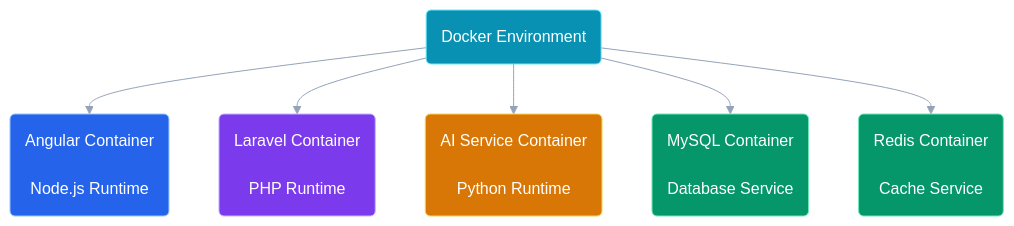
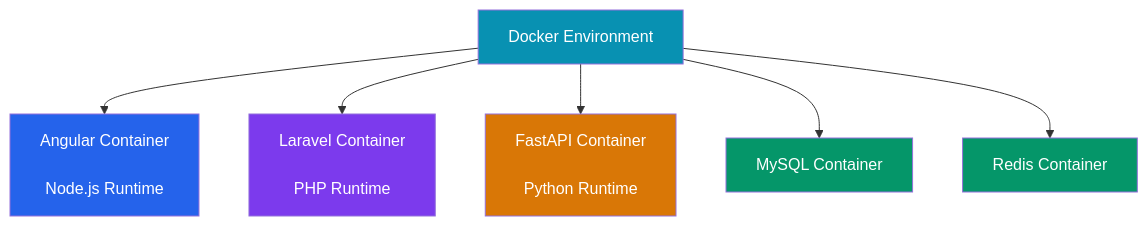
Diagram 15 of 26 in documentation/03-system-architecture.md (kupiMZS/CareerIQ-AI), drawn with Mermaid before and after one commit. The commit also changed other lines of this file and 9 other files, not shown here.

Commit message:
docs: finalize complete system documentation and architecture foundation

````diff
--- a/documentation/03-system-architecture.md
+++ b/documentation/03-system-architecture.md
@@ -1239,67 +2223,57 @@
 ```mermaid
-%%{init:{
-'theme':'base',
-'themeVariables':{
-'fontFamily':'Inter',
-'lineColor':'#94A3B8'
-}
-}}%%
-
-
 flowchart TB
 
 
-DOCKER("Docker Environment")
+DOCKER["Docker Environment"]
 
 
-FRONTEND("Angular Container<br/><br/>Node.js Runtime")
+FRONTEND["Angular Container<br/><br/>Node.js Runtime"]
 
 
-BACKEND("Laravel Container<br/><br/>PHP Runtime")
+BACKEND["Laravel Container<br/><br/>PHP Runtime"]
 
 
-AI("AI Service Container<br/><br/>Python Runtime")
+AI["FastAPI Container<br/><br/>Python Runtime"]
 
 
-DATABASE("MySQL Container<br/><br/>Database Service")
+DATABASE["MySQL Container"]
 
 
-CACHE("Redis Container<br/><br/>Cache Service")
+REDIS["Redis Container"]
 
 
 
 DOCKER --> FRONTEND
 
 DOCKER --> BACKEND
 
 DOCKER --> AI
 
 DOCKER --> DATABASE
 
-DOCKER --> CACHE
+DOCKER --> REDIS
 
 
 
-classDef infrastructure fill:#0891B2,stroke:#67E8F9,color:#FFFFFF;
+classDef container fill:#0891B2,color:white;
 
-classDef frontend fill:#2563EB,stroke:#93C5FD,color:#FFFFFF;
+classDef frontend fill:#2563EB,color:white;
 
-classDef backend fill:#7C3AED,stroke:#C4B5FD,color:#FFFFFF;
+classDef backend fill:#7C3AED,color:white;
 
-classDef ai fill:#D97706,stroke:#FCD34D,color:#FFFFFF;
+classDef ai fill:#D97706,color:white;
 
-classDef database fill:#059669,stroke:#6EE7B7,color:#FFFFFF;
+classDef database fill:#059669,color:white;
 
 
-
-class DOCKER infrastructure;
+class DOCKER container;
 
 class FRONTEND frontend;
 
 class BACKEND backend;
 
 class AI ai;
 
-class DATABASE,CACHE database;
+class DATABASE,REDIS database;
 
 ```
````
